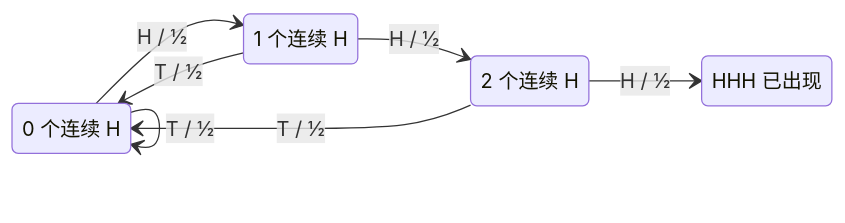
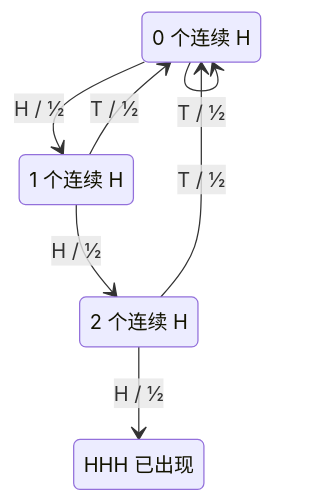
Before and after one commit to Gin-Sin/quant_playbook: the first of 2 diagrams in notes/05-stochastic/overview.md, drawn with Mermaid. The commit also changed other lines of this file and 25 other files, not shown here.

````diff
--- a/notes/05-stochastic/overview.md
+++ b/notes/05-stochastic/overview.md
@@ -45,14 +69,14 @@
 ```mermaid
 stateDiagram-v2
-  direction LR
+  direction TB
   S0: 0 个连续 H
   S1: 1 个连续 H
   S2: 2 个连续 H
   S3: HHH 已出现
   S0 --> S0: T / 1⁄2
   S0 --> S1: H / 1⁄2
   S1 --> S0: T / 1⁄2
   S1 --> S2: H / 1⁄2
   S2 --> S0: T / 1⁄2
   S2 --> S3: H / 1⁄2
 ```
````
